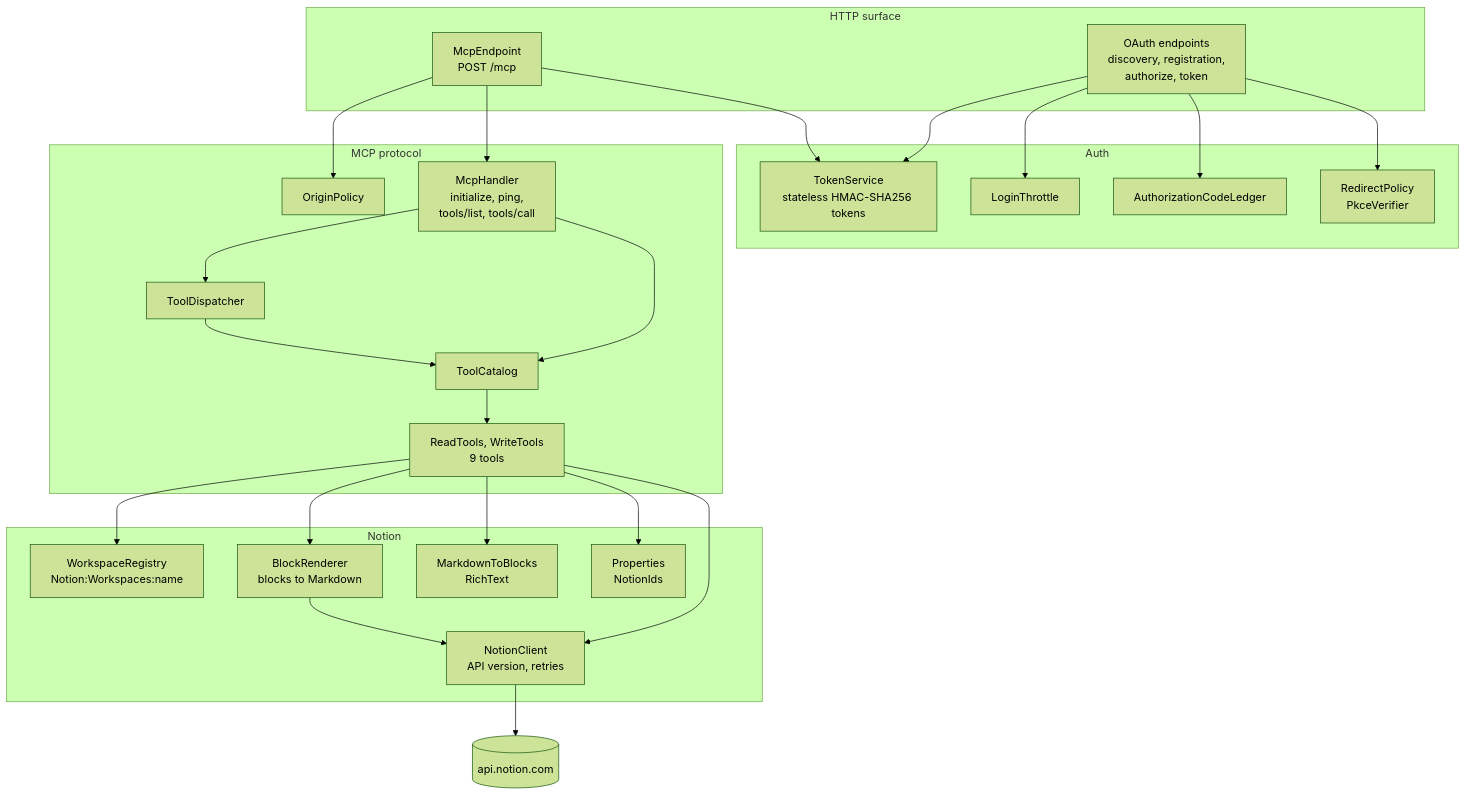
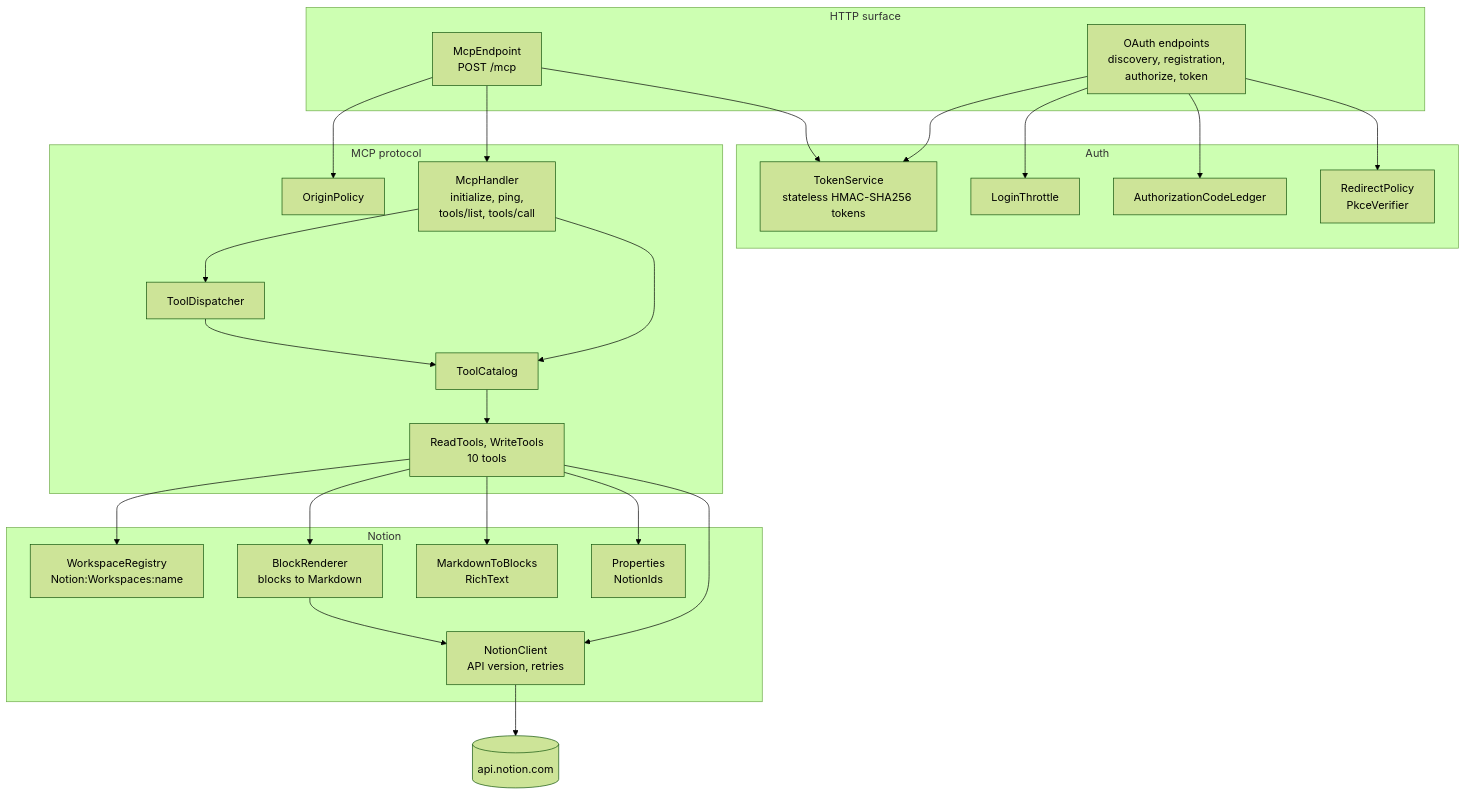
Before and after one commit to guilhermeappel/multi-workspace-mcp: the second of 5 diagrams in docs/architecture.md, drawn with Mermaid (forest theme). The commit also changed 15 other files, not shown here.

````diff
--- a/docs/architecture.md
+++ b/docs/architecture.md
@@ -29,45 +29,45 @@
 ```mermaid
 flowchart TB
     subgraph http["HTTP surface"]
         oauth["OAuth endpoints<br/>discovery, registration,<br/>authorize, token"]
         mcp["McpEndpoint<br/>POST /mcp"]
     end
     subgraph auth["Auth"]
         ts["TokenService<br/>stateless HMAC-SHA256 tokens"]
         lt["LoginThrottle"]
         ledger["AuthorizationCodeLedger"]
         policy["RedirectPolicy<br/>PkceVerifier"]
     end
     subgraph protocol["MCP protocol"]
         origin["OriginPolicy"]
         handler["McpHandler<br/>initialize, ping,<br/>tools/list, tools/call"]
         catalog["ToolCatalog"]
         dispatcher["ToolDispatcher"]
-        tools["ReadTools, WriteTools<br/>9 tools"]
+        tools["ReadTools, WriteTools<br/>10 tools"]
     end
     subgraph notion["Notion"]
         registry["WorkspaceRegistry<br/>Notion:Workspaces:name"]
         client["NotionClient<br/>API version, retries"]
         render["BlockRenderer<br/>blocks to Markdown"]
         convert["MarkdownToBlocks<br/>RichText"]
         props["Properties<br/>NotionIds"]
     end
     oauth --> ts
     oauth --> lt
     oauth --> ledger
     oauth --> policy
     mcp --> origin
     mcp --> ts
     mcp --> handler
     handler --> catalog
     handler --> dispatcher
     dispatcher --> catalog
     catalog --> tools
     tools --> registry
     tools --> client
     tools --> render
     tools --> convert
     tools --> props
     render --> client
     client --> api[("api.notion.com")]
 ```
````
